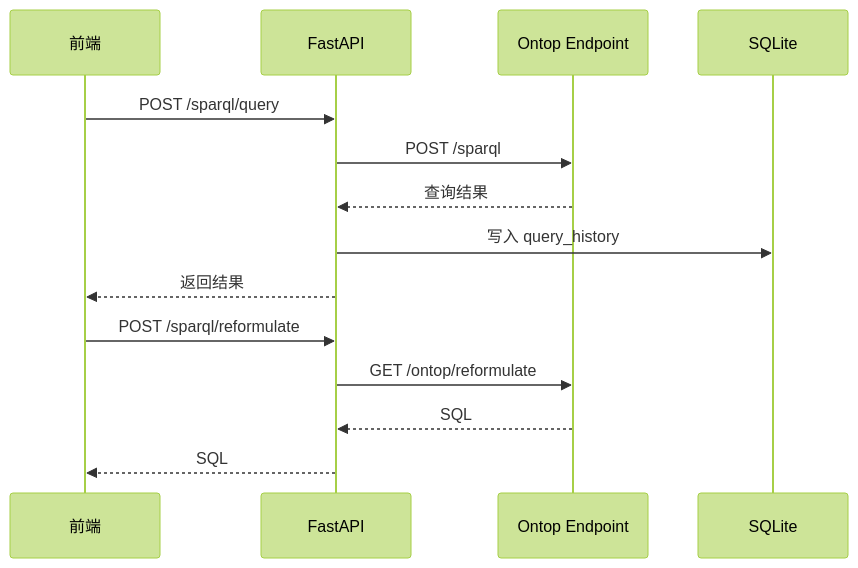
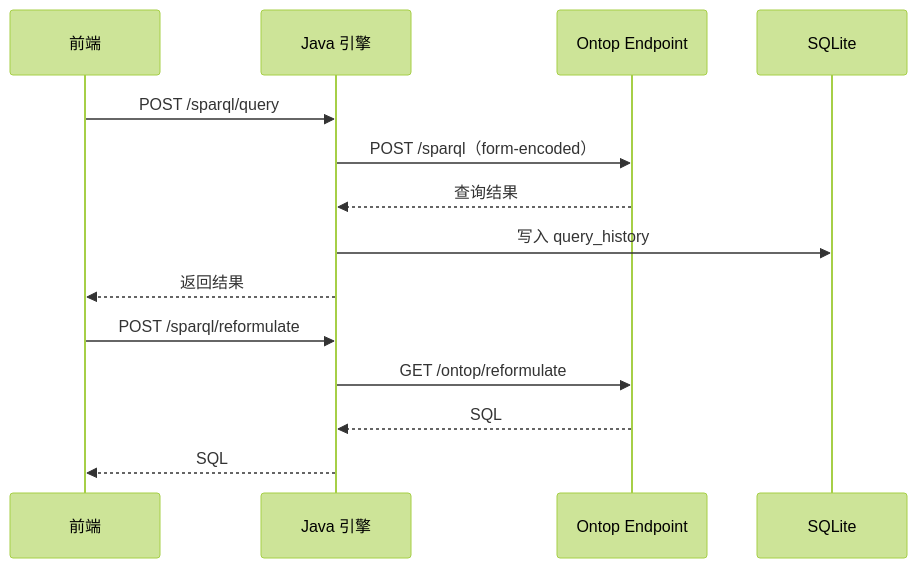
Before and after one commit to wank125/ontop-aether: the second of 3 diagrams in docs/架构设计.md, drawn with Mermaid (forest theme). The commit also changed other lines of this file and 1 other file, not shown here.

First line of the commit message:
docs: update architecture and functional design docs for dual-backend

````diff
--- a/docs/架构设计.md
+++ b/docs/架构设计.md
@@ -410,17 +444,17 @@
 ```mermaid
 sequenceDiagram
     participant UI as 前端
-    participant API as FastAPI
+    participant Engine as Java 引擎
     participant EP as Ontop Endpoint
     participant DB as SQLite
 
-    UI->>API: POST /sparql/query
-    API->>EP: POST /sparql
-    EP-->>API: 查询结果
-    API->>DB: 写入 query_history
-    API-->>UI: 返回结果
-    UI->>API: POST /sparql/reformulate
-    API->>EP: GET /ontop/reformulate
-    EP-->>API: SQL
-    API-->>UI: SQL
+    UI->>Engine: POST /sparql/query
+    Engine->>EP: POST /sparql（form-encoded）
+    EP-->>Engine: 查询结果
+    Engine->>DB: 写入 query_history
+    Engine-->>UI: 返回结果
+    UI->>Engine: POST /sparql/reformulate
+    Engine->>EP: GET /ontop/reformulate
+    EP-->>Engine: SQL
+    Engine-->>UI: SQL
 ```
````
